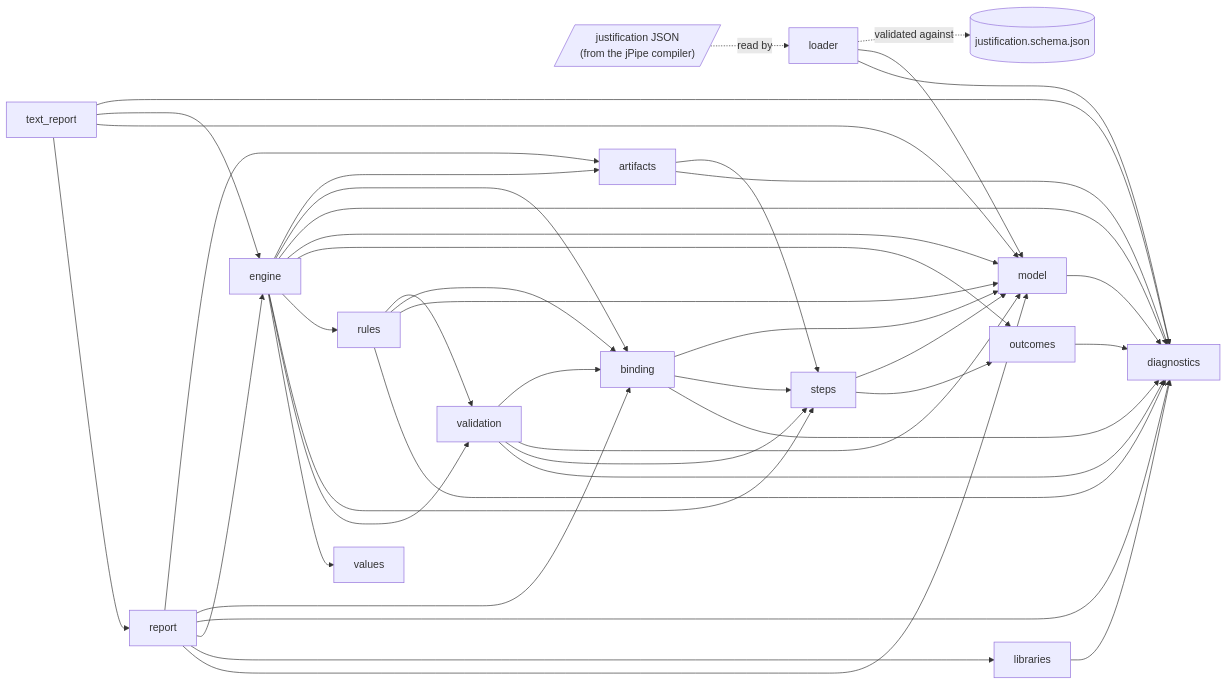
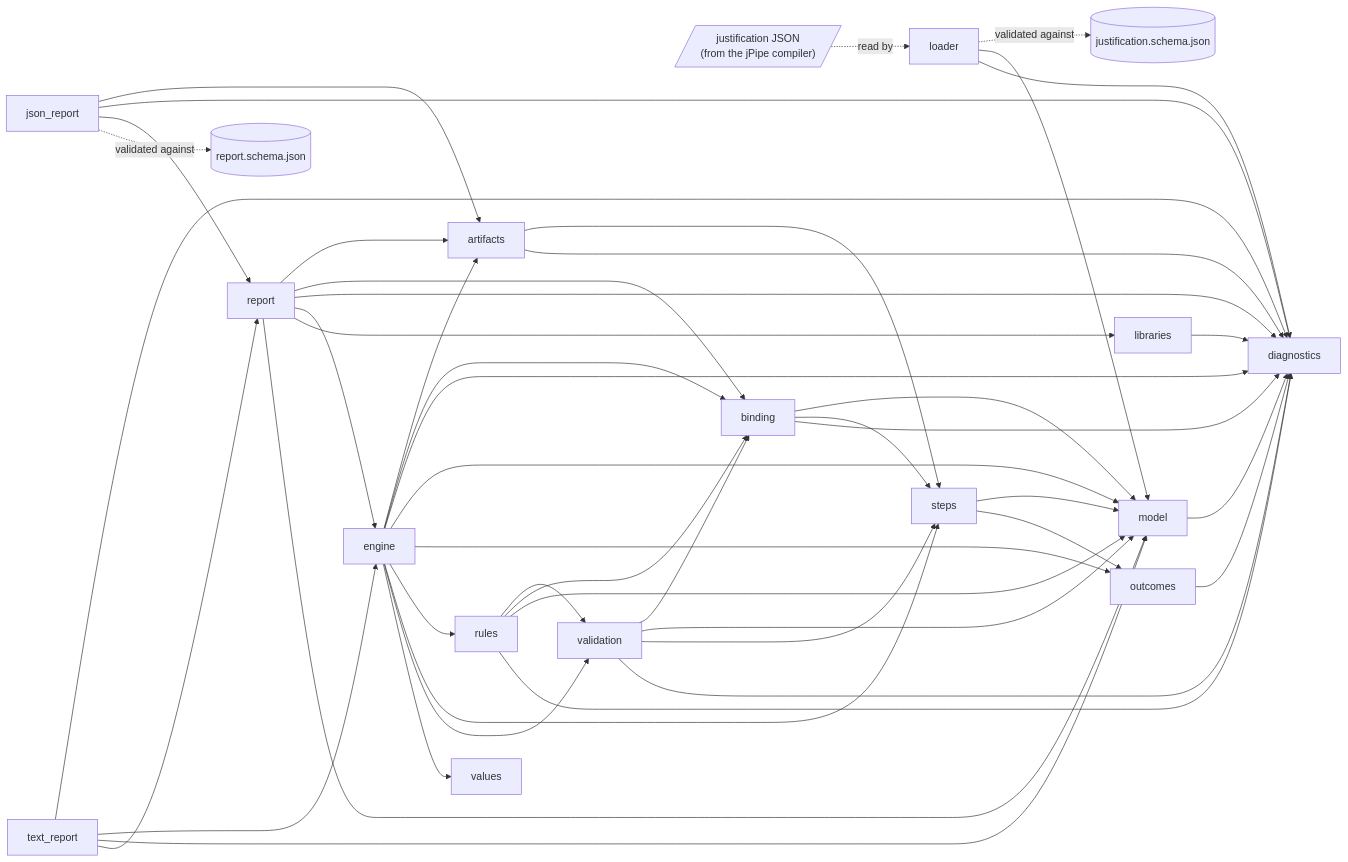
The first of 2 diagrams in docs/design.md (jpipe-mcscert/jpipe-runner), drawn with Mermaid before and after one commit. The commit also changed other lines of this file and 11 other files, not shown here.

````diff
--- a/docs/design.md
+++ b/docs/design.md
@@ -8,48 +8,53 @@
 ```mermaid
 flowchart LR
     json[/"justification JSON<br>(from the jPipe compiler)"/]
     schema[("justification.schema.json")]
+    reportschema[("report.schema.json")]
 
     json -.->|read by| loader
     loader -.->|validated against| schema
     loader --> model
     loader --> diagnostics
     model --> diagnostics
     outcomes --> diagnostics
     steps --> model
     steps --> outcomes
     values[values]
     binding --> model
     binding --> steps
     binding --> diagnostics
     validation --> binding
     validation --> model
     validation --> steps
     validation --> diagnostics
     rules --> validation
     rules --> binding
     rules --> model
     rules --> diagnostics
     artifacts --> steps
     artifacts --> diagnostics
     libraries --> diagnostics
     engine --> artifacts
     engine --> binding
     engine --> diagnostics
     engine --> model
     engine --> outcomes
     engine --> rules
     engine --> steps
     engine --> validation
     engine --> values
     report --> artifacts
     report --> binding
     report --> diagnostics
     report --> engine
     report --> libraries
     report --> model
+    json_report --> artifacts
+    json_report --> diagnostics
+    json_report --> report
+    json_report -.->|validated against| reportschema
     text_report --> diagnostics
     text_report --> engine
     text_report --> model
     text_report --> report
 ```
````
